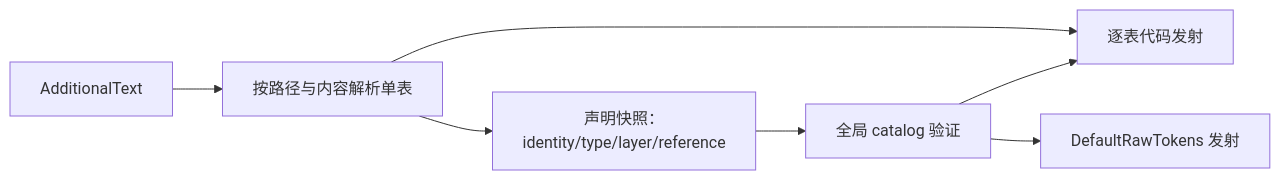
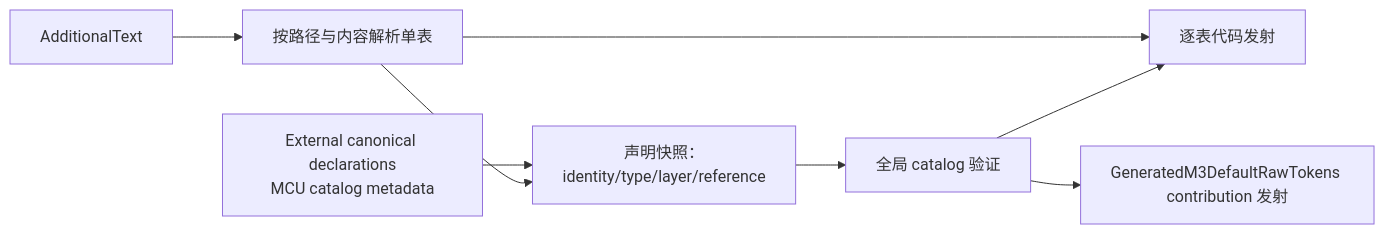
Before and after one commit to Shirasagi0012/Material3Expressive.Avalonia: the diagram in docs/refactor/generator.md, drawn with Mermaid. The commit also changed other lines of this file and 8 other files, not shown here.

````diff
--- a/docs/refactor/generator.md
+++ b/docs/refactor/generator.md
@@ -96,9 +104,10 @@
 ```mermaid
 flowchart LR
     A["AdditionalText"] --> B["按路径与内容解析单表"]
+    X["External canonical declarations<br/>MCU catalog metadata"] --> C
     B --> C["声明快照：identity/type/layer/reference"]
     C --> D["全局 catalog 验证"]
     B --> E["逐表代码发射"]
     D --> E
-    D --> F["DefaultRawTokens 发射"]
+    D --> F["GeneratedM3DefaultRawTokens contribution 发射"]
 ```
````
